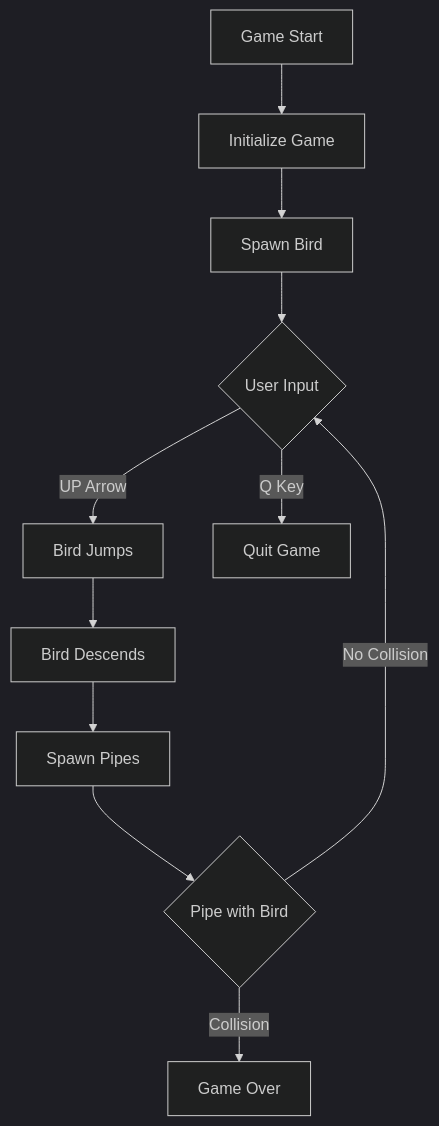
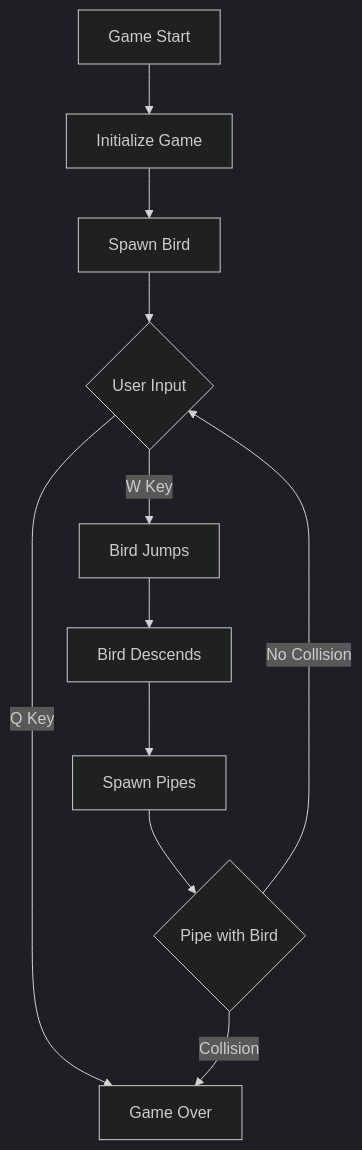
One commit to R4F4I/ClappyBird changed the diagram in README.md. Above: the diagram before and after it, drawn with Mermaid (dark theme). The commit also changed other lines of this file, not shown here.

````diff
--- a/README.md
+++ b/README.md
@@ -54,13 +57,13 @@
 ```mermaid
 graph TD
     A[Game Start] --> B[Initialize Game]
     B --> C[Spawn Bird]
     C --> D{User  Input}
-    D -->|UP Arrow| E[Bird Jumps]
-    D -->|Q Key| F[Quit Game]
+    D -->|W Key| E[Bird Jumps]
+    D -->|Q Key| J
     E --> G[Bird Descends]
     G --> H[Spawn Pipes]
     H --> I{Pipe with Bird}
     I -->|Collision| J[Game Over]
     I -->|No Collision| D
 ```
````
